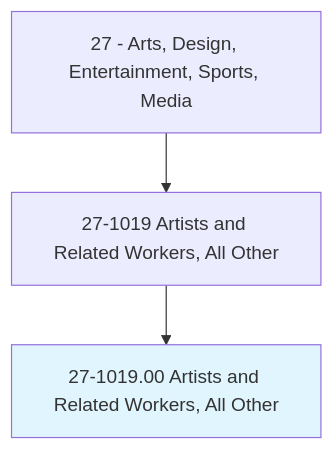
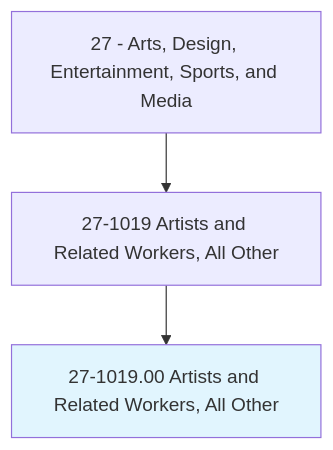
Before and after one commit to kziemski/business.org.ai: the first of 4 diagrams in occupations/ArtsMedia/ArtistsAndRelatedWorkers.mdx, drawn with Mermaid. The commit also changed other lines of this file and 938 other files, not shown here.

````diff
--- a/occupations/ArtsMedia/ArtistsAndRelatedWorkers.mdx
+++ b/occupations/ArtsMedia/ArtistsAndRelatedWorkers.mdx
@@ -19,6 +23,6 @@
 ```mermaid
 graph TD
-    Cat27["27 - Arts, Design, Entertainment, Sports, Media"] --> Group271019["27-1019 Artists and Related Workers, All Other"]
+    Cat27["27 - Arts, Design, Entertainment, Sports, and Media"] --> Group271019["27-1019 Artists and Related Workers, All Other"]
     Group271019 --> Current["27-1019.00 Artists and Related Workers, All Other"]
     style Current fill:#e1f5fe
 ```
````
